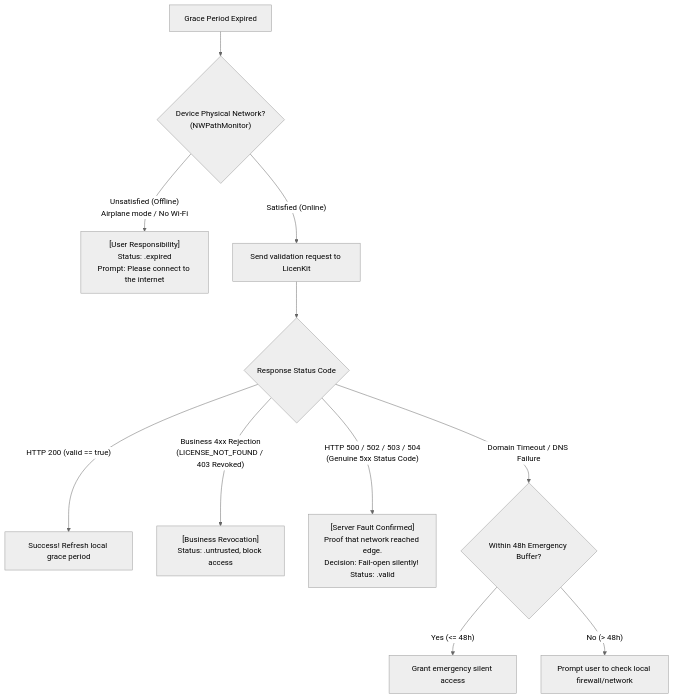
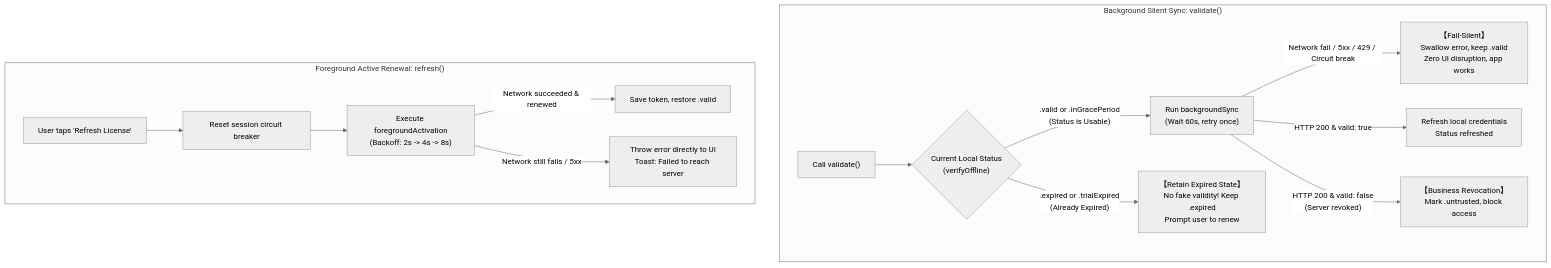
The diagram in docs/FAULT_TOLERANCE_AND_DISASTER_RECOVERY.md (LicenKit/licenkit-sdk-swift), drawn with Mermaid (neutral theme) before and after one commit. The commit also changed other lines of this file and 8 other files, not shown here.

First line of the commit message:
refactor(resilience): refine fail-silent sync, foreground refresh, and error classification

````diff
--- a/docs/FAULT_TOLERANCE_AND_DISASTER_RECOVERY.md
+++ b/docs/FAULT_TOLERANCE_AND_DISASTER_RECOVERY.md
@@ -70,18 +66,20 @@
 ```mermaid
 flowchart TD
-    OverGrace["Grace Period Expired"] --> CheckNet{"Device Physical Network?<br/>(NWPathMonitor)"}
+    subgraph BackgroundSync ["Background Silent Sync: validate()"]
+        Start["Call validate()"] --> CheckLocal{"Current Local Status<br/>(verifyOffline)"}
+        
+        CheckLocal -- ".valid or .inGracePeriod<br/>(Status is Usable)" --> RunBg["Run backgroundSync<br/>(Wait 60s, retry once)"]
+        RunBg -- "Network fail / 5xx / 429 / Circuit break" --> FailSilent["【Fail-Silent】<br/>Swallow error, keep .valid<br/>Zero UI disruption, app works"]
+        RunBg -- "HTTP 200 & valid: true" --> SyncOk["Refresh local credentials<br/>Status refreshed"]
+        RunBg -- "HTTP 200 & valid: false<br/>(Server revoked)" --> Revoke["【Business Revocation】<br/>Mark .untrusted, block access"]
 
-    CheckNet -- "Unsatisfied (Offline)<br/>Airplane mode / No Wi-Fi" --> UserFault["[User Responsibility]<br/>Status: .expired<br/>Prompt: Please connect to the internet"]
+        CheckLocal -- ".expired or .trialExpired<br/>(Already Expired)" --> ExpiredNotice["【Retain Expired State】<br/>No fake validity! Keep .expired<br/>Prompt user to renew"]
+    end
 
-    CheckNet -- "Satisfied (Online)" --> SendReq["Send validation request to LicenKit"]
-    SendReq --> CheckResp{"Response Status Code"}
-
-    CheckResp -- "HTTP 200 (valid == true)" --> Success["Success! Refresh local grace period"]
-    CheckResp -- "Business 4xx Rejection<br/>(LICENSE_NOT_FOUND / 403 Revoked)" --> BusinessFail["[Business Revocation]<br/>Status: .untrusted, block access"]
-    
-    CheckResp -- "HTTP 500 / 502 / 503 / 504<br/>(Genuine 5xx Status Code)" --> OurFault["[Server Fault Confirmed]<br/>Proof that network reached edge.<br/>Decision: Fail-open silently! Status: .valid"]
-    
-    CheckResp -- "Domain Timeout / DNS Failure" --> TimeoutFault{"Within 48h Emergency Buffer?"}
-    TimeoutFault -- "Yes (<= 48h)" --> EmergencyGrace["Grant emergency silent access"]
-    TimeoutFault -- "No (> 48h)" --> NetworkCheckWarn["Prompt user to check local firewall/network"]
+    subgraph ForegroundRefresh ["Foreground Active Renewal: refresh()"]
+        UserClick["User taps 'Refresh License'"] --> ResetSession["Reset session circuit breaker"]
+        ResetSession --> RunFg["Execute foregroundActivation<br/>(Backoff: 2s -> 4s -> 8s)"]
+        RunFg -- "Network succeeded & renewed" --> RefreshOk["Save token, restore .valid"]
+        RunFg -- "Network still fails / 5xx" --> ToastErr["Throw error directly to UI<br/>Toast: Failed to reach server"]
+    end
 ```
````
